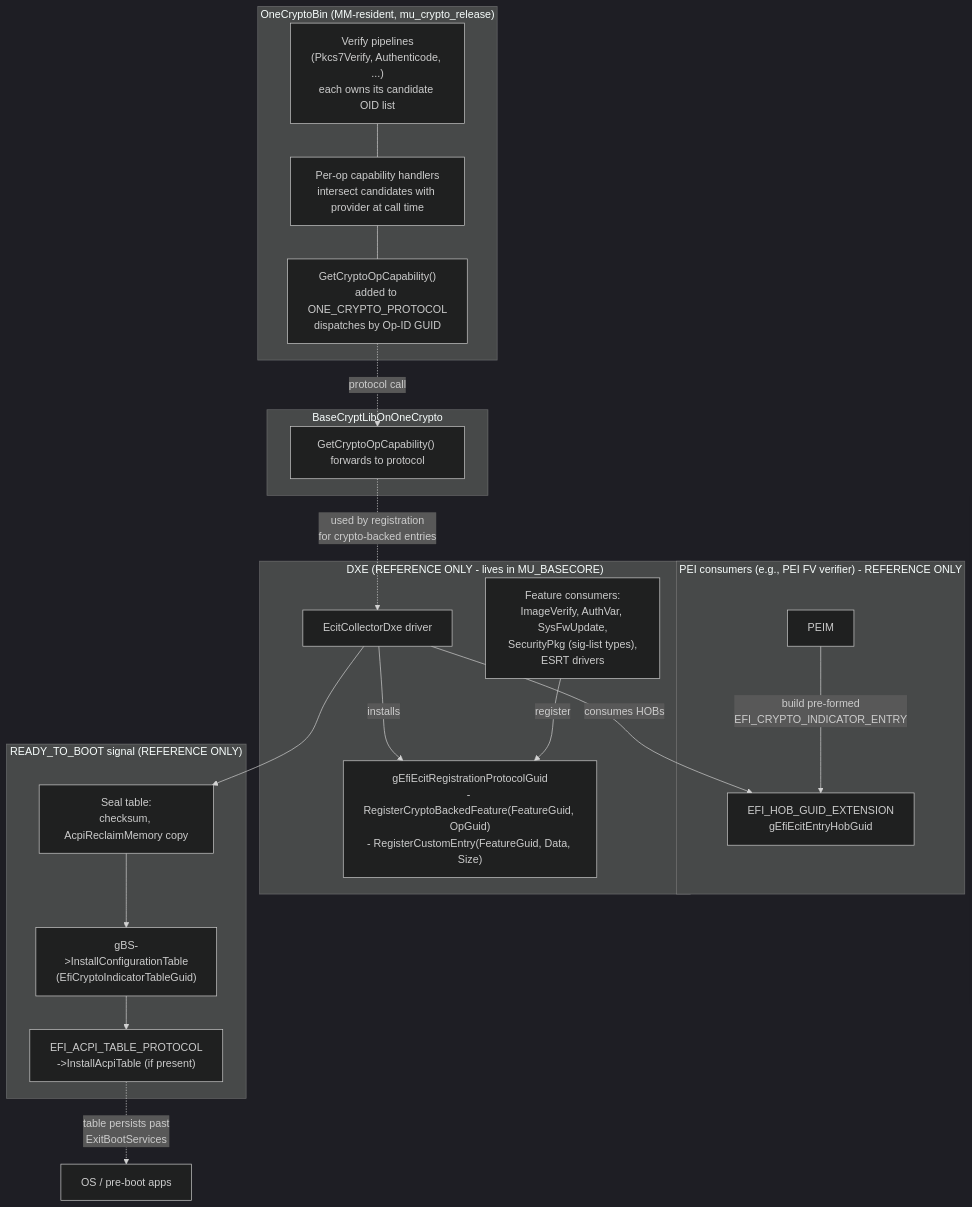
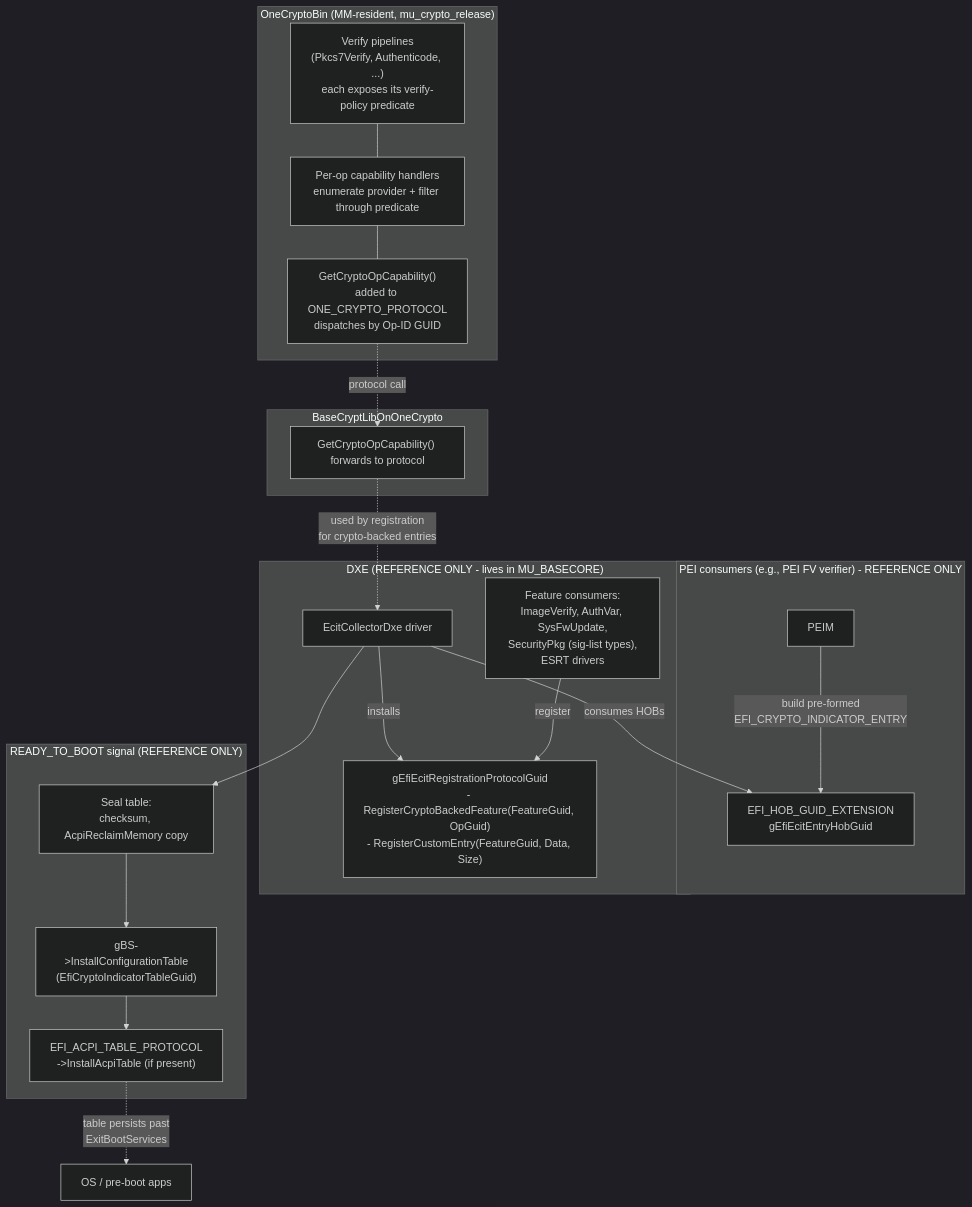
One commit to Flickdm/mu_crypto_release changed the first of 2 diagrams in docs/superpowers/specs/2026-06-01-ecit-capability-reporting-design.md. Above: the diagram before and after it, drawn with Mermaid (dark theme). The commit also changed other lines of this file, not shown here.

First line of the commit message:
docs(spec): drop candidate-OID lists; query provider directly

````diff
--- a/docs/superpowers/specs/2026-06-01-ecit-capability-reporting-design.md
+++ b/docs/superpowers/specs/2026-06-01-ecit-capability-reporting-design.md
@@ -57,42 +57,42 @@
 ```mermaid
 flowchart TB
   subgraph BIN["OneCryptoBin (MM-resident, mu_crypto_release)"]
-    OPS["Verify pipelines<br/>(Pkcs7Verify, Authenticode, ...)<br/>each owns its candidate OID list"]
-    HANDLERS["Per-op capability handlers<br/>intersect candidates with provider at call time"]
+    OPS["Verify pipelines<br/>(Pkcs7Verify, Authenticode, ...)<br/>each exposes its verify-policy predicate"]
+    HANDLERS["Per-op capability handlers<br/>enumerate provider + filter through predicate"]
     GETCAP["GetCryptoOpCapability()<br/>added to ONE_CRYPTO_PROTOCOL<br/>dispatches by Op-ID GUID"]
     OPS --- HANDLERS
     HANDLERS --- GETCAP
   end
 
   subgraph LIBONE["BaseCryptLibOnOneCrypto"]
     LIBAPI["GetCryptoOpCapability() forwards to protocol"]
   end
 
   subgraph PEI["PEI consumers (e.g., PEI FV verifier) - REFERENCE ONLY"]
     PEIM["PEIM"]
     HOB["EFI_HOB_GUID_EXTENSION<br/>gEfiEcitEntryHobGuid"]
     PEIM -->|"build pre-formed<br/>EFI_CRYPTO_INDICATOR_ENTRY"| HOB
   end
 
   subgraph DXE["DXE (REFERENCE ONLY - lives in MU_BASECORE)"]
     COLL["EcitCollectorDxe driver"]
     REGP["gEfiEcitRegistrationProtocolGuid<br/>- RegisterCryptoBackedFeature(FeatureGuid, OpGuid)<br/>- RegisterCustomEntry(FeatureGuid, Data, Size)"]
     CONS["Feature consumers:<br/>ImageVerify, AuthVar, SysFwUpdate,<br/>SecurityPkg (sig-list types),<br/>ESRT drivers"]
 
     COLL -->|installs| REGP
     CONS -->|register| REGP
     COLL -->|consumes HOBs| HOB
   end
 
   GETCAP -.->|"protocol call"| LIBAPI
   LIBAPI -.->|"used by registration<br/>for crypto-backed entries"| COLL
 
   subgraph PUBLISH["READY_TO_BOOT signal (REFERENCE ONLY)"]
     SEAL["Seal table:<br/>checksum, AcpiReclaimMemory copy"]
     CFG["gBS->InstallConfigurationTable<br/>(EfiCryptoIndicatorTableGuid)"]
     ACPI["EFI_ACPI_TABLE_PROTOCOL<br/>->InstallAcpiTable (if present)"]
   end
 
   COLL --> SEAL --> CFG --> ACPI
   ACPI -.->|"table persists past<br/>ExitBootServices"| OS["OS / pre-boot apps"]
 ```
````
